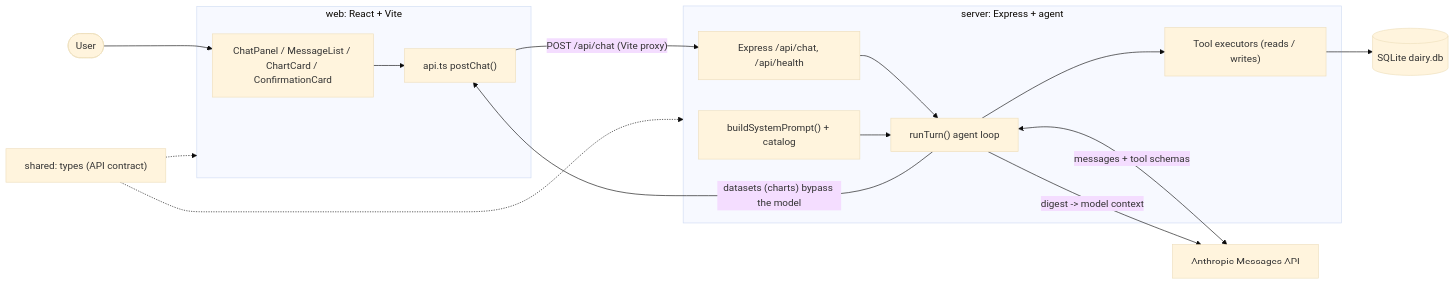
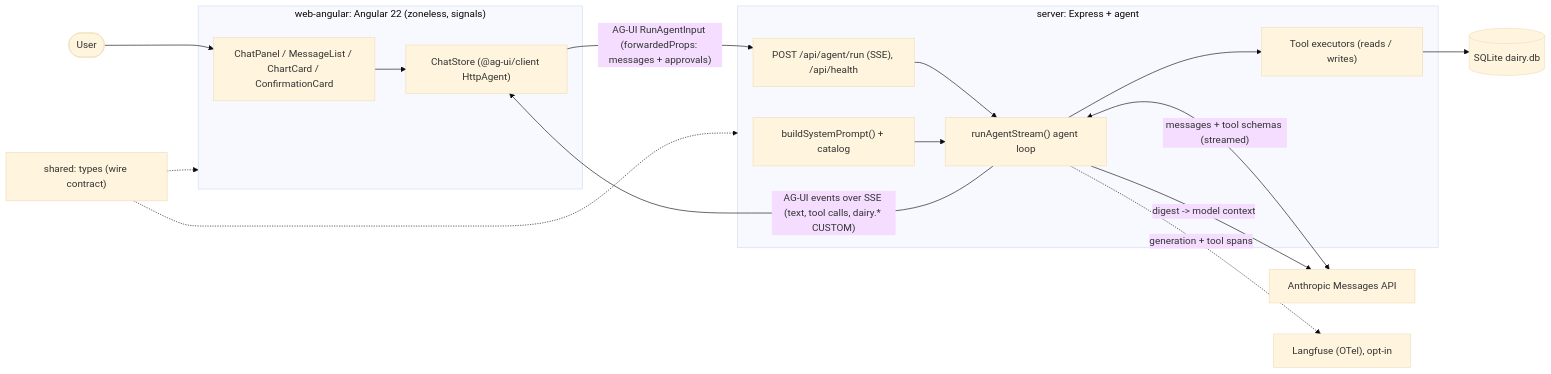
Before and after one commit to i-adnanali/dairy-agent: the first of 7 diagrams in docs/PROJECT_OVERVIEW.md, drawn with Mermaid (base theme). The commit also changed other lines of this file and 3 other files, not shown here.

First line of the commit message:
docs: fix architecture drift; remove stray artifacts

````diff
--- a/docs/PROJECT_OVERVIEW.md
+++ b/docs/PROJECT_OVERVIEW.md
@@ -44,34 +47,35 @@
 ```mermaid
 flowchart LR
     User(["User"])
 
-    subgraph web [web: React + Vite]
+    subgraph web ["web-angular: Angular 22 (zoneless, signals)"]
         UI["ChatPanel / MessageList / ChartCard / ConfirmationCard"]
-        ApiClient["api.ts postChat()"]
+        Store["ChatStore (@ag-ui/client HttpAgent)"]
     end
 
     subgraph server [server: Express + agent]
-        Express["Express /api/chat, /api/health"]
-        Loop["runTurn() agent loop"]
+        Route["POST /api/agent/run (SSE), /api/health"]
+        Loop["runAgentStream() agent loop"]
         Tools["Tool executors (reads / writes)"]
         Prompt["buildSystemPrompt() + catalog"]
     end
 
     SQLite[("SQLite dairy.db")]
     Anthropic["Anthropic Messages API"]
+    Langfuse["Langfuse (OTel), opt-in"]
 
-    User --> UI
-    UI --> ApiClient
-    ApiClient -->|"POST /api/chat (Vite proxy)"| Express
-    Express --> Loop
-    Loop <-->|"messages + tool schemas"| Anthropic
+    User --> UI --> Store
+    Store -->|"AG-UI RunAgentInput (forwardedProps: messages + approvals)"| Route
+    Route --> Loop
+    Loop <-->|"messages + tool schemas (streamed)"| Anthropic
     Loop --> Tools
     Prompt --> Loop
     Tools --> SQLite
     Loop -->|"digest -> model context"| Anthropic
-    Loop -->|"datasets (charts) bypass the model"| ApiClient
+    Loop -->|"AG-UI events over SSE (text, tool calls, dairy.* CUSTOM)"| Store
+    Loop -.->|"generation + tool spans"| Langfuse
 
-    shared["shared: types (API contract)"]
+    shared["shared: types (wire contract)"]
     shared -.-> web
     shared -.-> server
 ```
````
